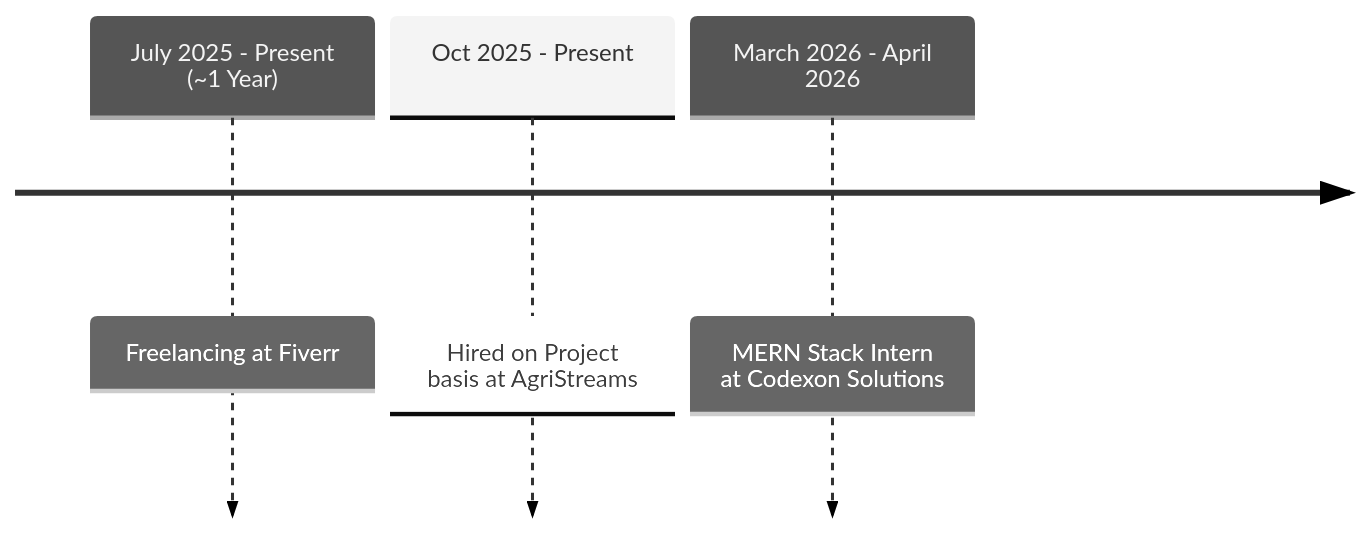
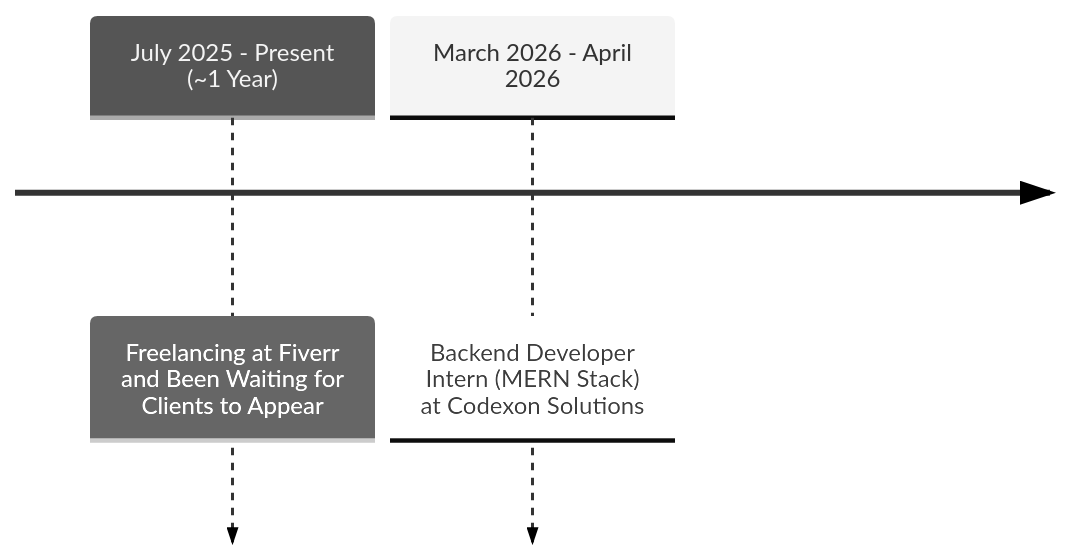
The diagram in README.md (ShahzaibAhmad05/ShahzaibAhmad05), drawn with Mermaid (neutral theme) before and after one commit. The commit also changed other lines of this file, not shown here.

Commit message:
hide search engine project and reword

````diff
--- a/README.md
+++ b/README.md
@@ -164,6 +162,5 @@
 ```mermaid
 timeline
-    July 2025 - Present (~1 Year) : Freelancing at Fiverr
-    Oct 2025 - Present : Hired on Project basis at AgriStreams
-    March 2026 - April 2026 : MERN Stack Intern at Codexon Solutions
+    July 2025 - Present (~1 Year) : Freelancing at Fiverr and Been Waiting for Clients to Appear
+    March 2026 - April 2026 : Backend Developer Intern (MERN Stack) at Codexon Solutions
 ```
````
